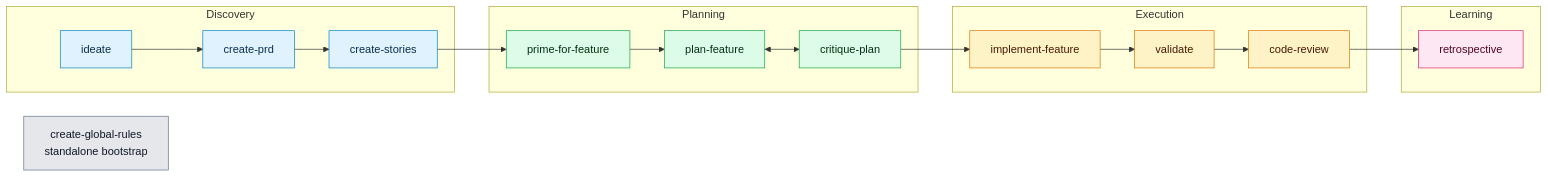
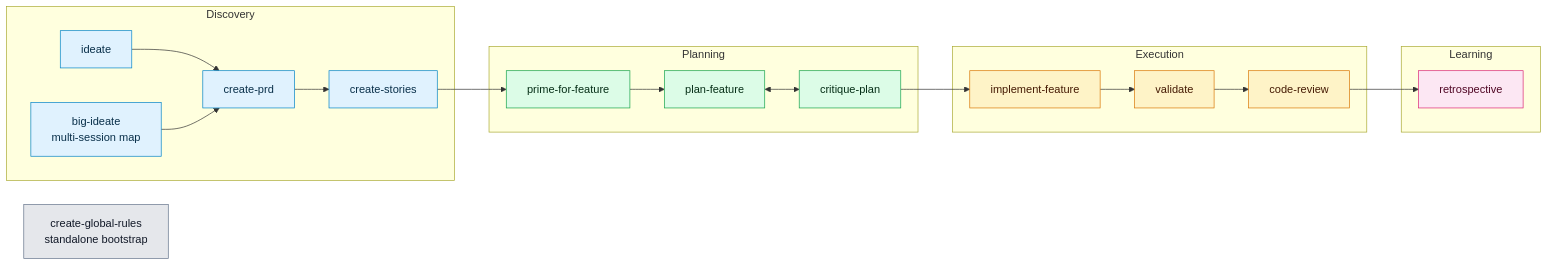
One commit to hiteshdundi01/pm-sdlc changed the diagram in README.md. Above: the diagram before and after it, drawn with Mermaid. The commit also changed other lines of this file and 6 other files, not shown here.

Commit message:
feat: add big-ideate multi-session discovery workflow and document associated wayfinding operations

````diff
--- a/README.md
+++ b/README.md
@@ -146,46 +146,48 @@
 ```mermaid
 flowchart LR
     subgraph discovery["Discovery"]
+        bigideate["big-ideate<br/>multi-session map"]
         ideate["ideate"]
         prd["create-prd"]
         stories["create-stories"]
         ideate --> prd --> stories
+        bigideate --> prd
     end
 
     subgraph planning["Planning"]
         prime["prime-for-feature"]
         plan["plan-feature"]
         critique["critique-plan"]
         prime --> plan
         plan <--> critique
     end
 
     subgraph execution["Execution"]
         implement["implement-feature"]
         validate["validate"]
         review["code-review"]
         implement --> validate --> review
     end
 
     subgraph learning["Learning"]
         retro["retrospective"]
     end
 
     stories --> prime
     critique --> implement
     review --> retro
 
     rules["create-global-rules<br/>standalone bootstrap"]
 
     classDef discover fill:#e0f2fe,stroke:#0284c7,color:#082f49
     classDef planClass fill:#dcfce7,stroke:#16a34a,color:#052e16
     classDef execute fill:#fef3c7,stroke:#d97706,color:#451a03
     classDef learn fill:#fce7f3,stroke:#db2777,color:#500724
     classDef standalone fill:#e5e7eb,stroke:#64748b,color:#111827
 
-    class ideate,prd,stories discover
+    class ideate,bigideate,prd,stories discover
     class prime,plan,critique planClass
     class implement,validate,review execute
     class retro learn
     class rules standalone
 ```
````
